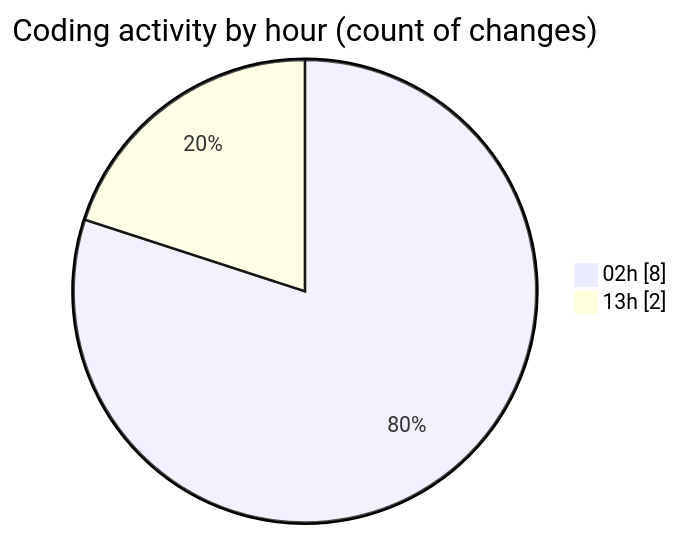
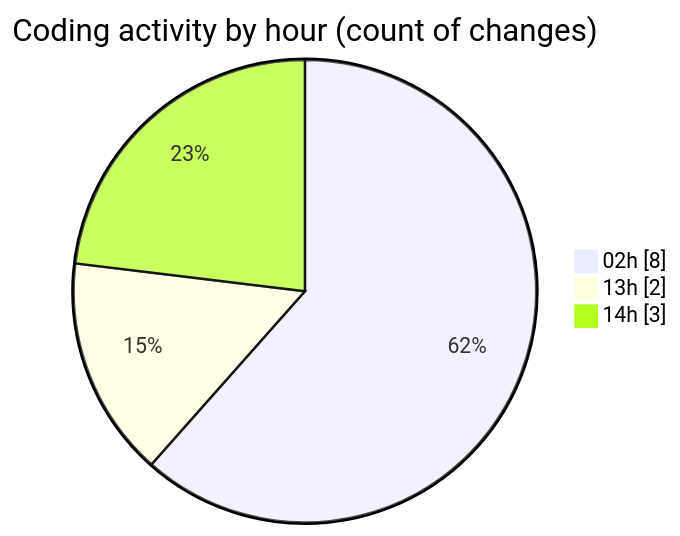
One commit to donsfak/code-tracking changed the second of 2 diagrams in 2025-02-16/trackers_app/README.md. Above: the diagram before and after it, drawn with Mermaid. The commit also changed other lines of this file and 1 other file, not shown here.

````diff
--- a/2025-02-16/trackers_app/README.md
+++ b/2025-02-16/trackers_app/README.md
@@ -33,6 +33,7 @@
 ```mermaid
 pie showData
 title Coding activity by hour (count of changes)
 "02h" : 8
 "13h" : 2
+"14h" : 3
 ```
````
